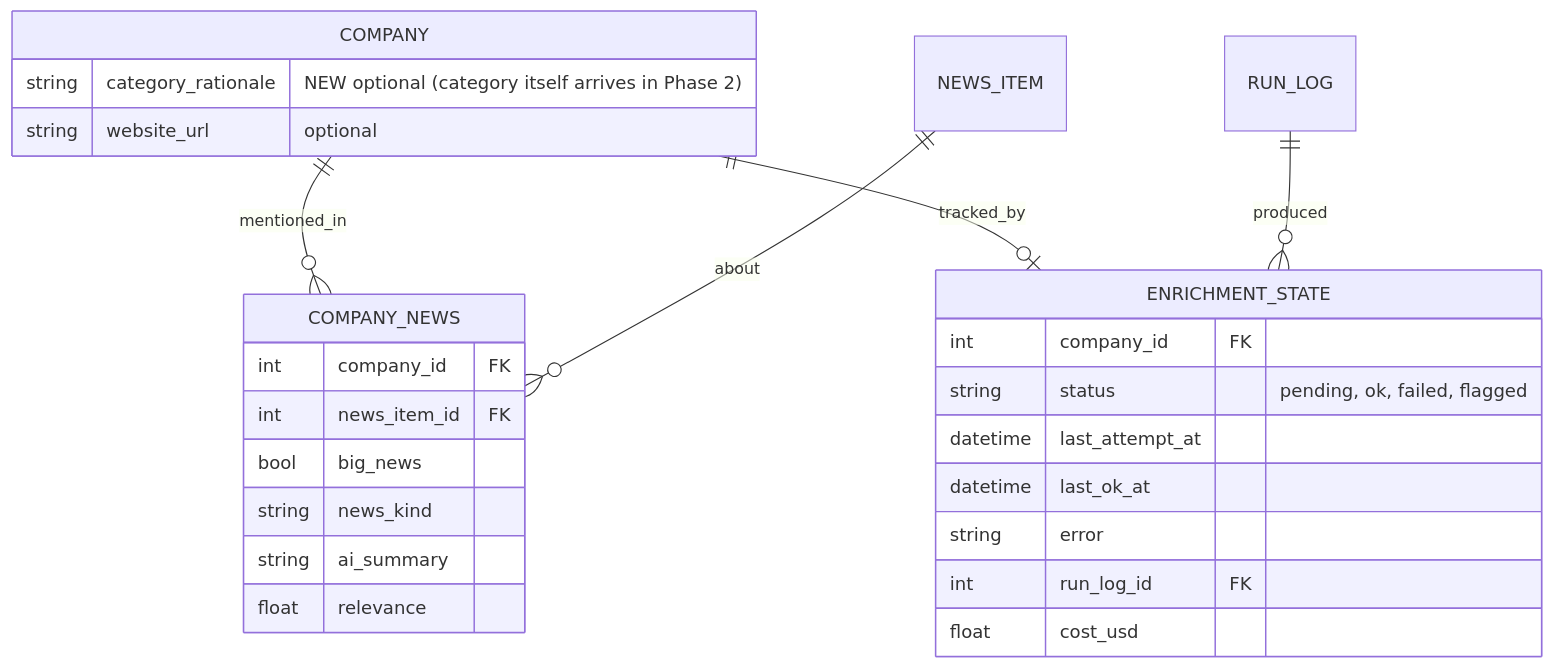
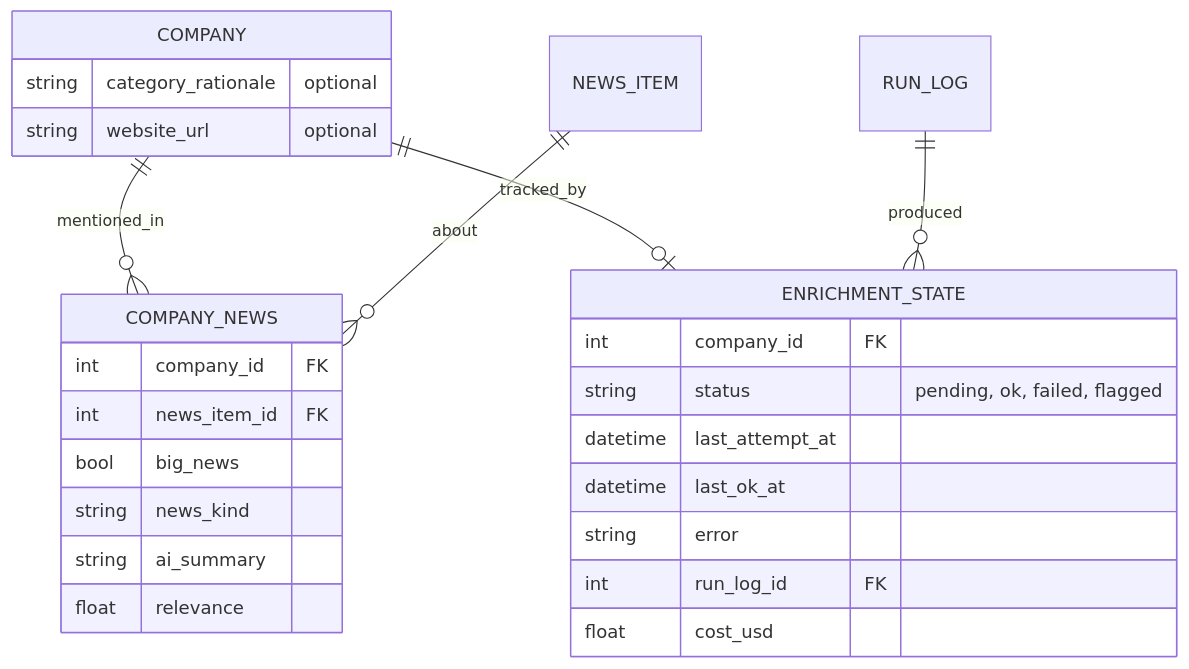
One commit to Farzaanee/sprout changed the third of 3 diagrams in docs/architecture/data-model.md. Above: the diagram before and after it, drawn with Mermaid. The commit also changed other lines of this file and 10 other files, not shown here.

````diff
--- a/docs/architecture/data-model.md
+++ b/docs/architecture/data-model.md
@@ -106,28 +104,28 @@
 ```mermaid
 erDiagram
     COMPANY ||--o{ COMPANY_NEWS : mentioned_in
     NEWS_ITEM ||--o{ COMPANY_NEWS : about
     COMPANY ||--o| ENRICHMENT_STATE : tracked_by
     RUN_LOG ||--o{ ENRICHMENT_STATE : produced
     COMPANY {
-        string category_rationale "NEW optional (category itself arrives in Phase 2)"
+        string category_rationale "optional"
         string website_url "optional"
     }
     COMPANY_NEWS {
         int company_id FK
         int news_item_id FK
         bool big_news
         string news_kind
         string ai_summary
         float relevance
     }
     ENRICHMENT_STATE {
         int company_id FK
         string status "pending, ok, failed, flagged"
         datetime last_attempt_at
         datetime last_ok_at
         string error
         int run_log_id FK
         float cost_usd
     }
 ```
````
